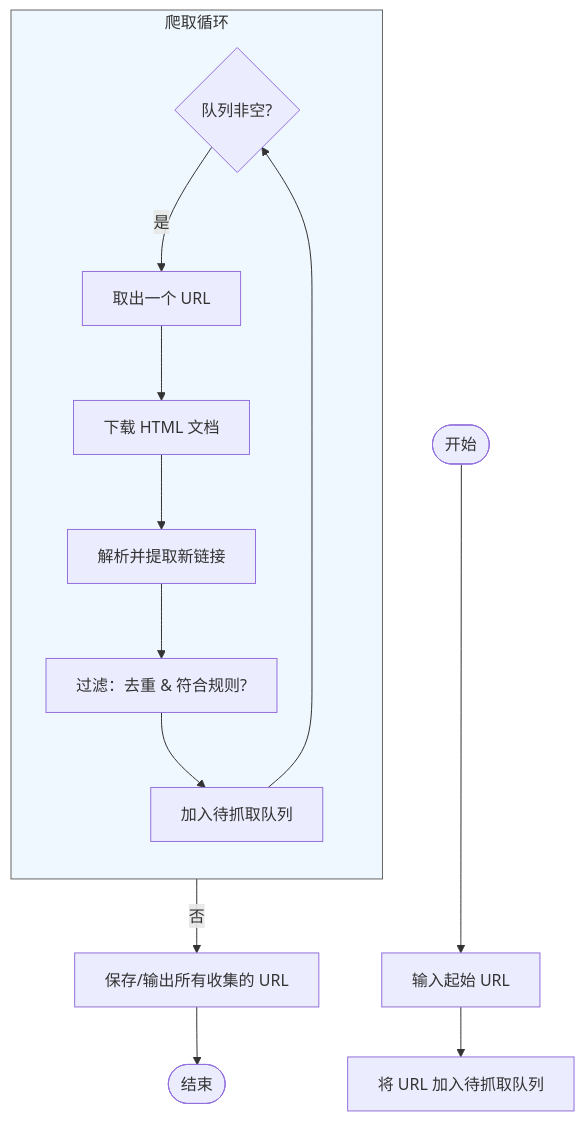
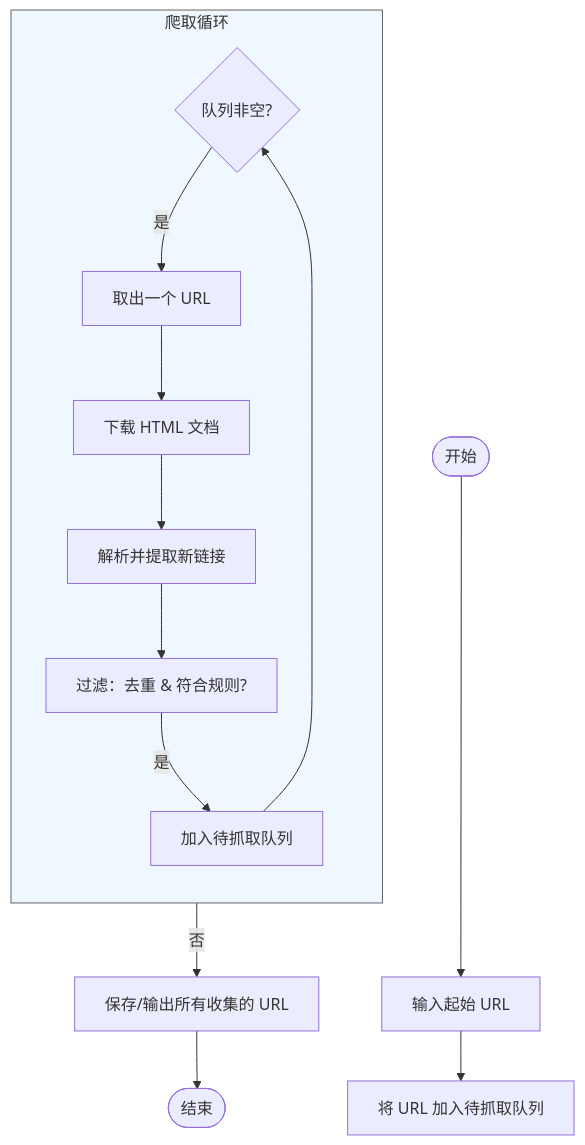
Before and after one commit to shihao-hub/202602-VNoteProjects: the second of 2 diagrams in drawio流程图与代码流程注释.md, drawn with Mermaid. The commit also changed other lines of this file, not shown here.

First line of the commit message:
docs: 优化 drawio 流程图文档结构和格式

````diff
--- a/drawio流程图与代码流程注释.md
+++ b/drawio流程图与代码流程注释.md
@@ -34,22 +41,21 @@
 ```mermaid
 flowchart TD
-    Start([开始]) --> A[输入起始 URL]
-    A --> B[将 URL 加入待抓取队列]
+  Start([开始]) --> A[输入起始 URL]
+  A --> B[将 URL 加入待抓取队列]
 
-    subgraph 爬取循环
-        direction TB
-        C{队列非空?}
-        C -- 是 --> D[取出一个 URL]
-        D --> E[下载 HTML 文档]
-        E --> F[解析并提取新链接]
-        F --> G[过滤：去重 & 符合规则?]
-        G --> H[加入待抓取队列]
-        H --> C
-    end
+  subgraph 爬取循环
+    direction TB
+    C{队列非空?}
+    C -- 是 --> D[取出一个 URL]
+    D --> E[下载 HTML 文档]
+    E --> F[解析并提取新链接]
+    F --> G[过滤：去重 & 符合规则?]
+    G -->|是| H[加入待抓取队列]
+    H --> C
+  end
 
-    C -- 否 --> I[保存/输出所有收集的 URL]
-    I --> End([结束])
+  C -- 否 --> I[保存/输出所有收集的 URL]
+  I --> End([结束])
 
-    style 爬取循环 fill:#f0f8ff,stroke:#666
-
+  style 爬取循环 fill:#f0f8ff,stroke:#666
 ```
````
